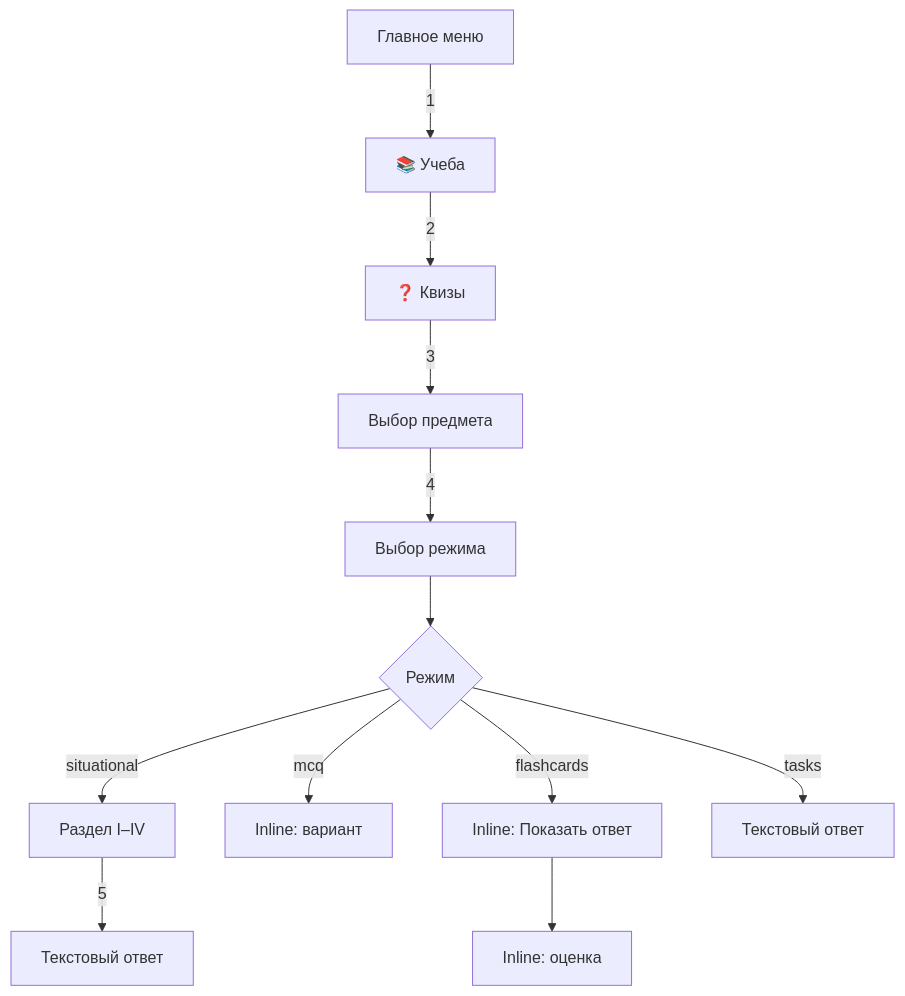
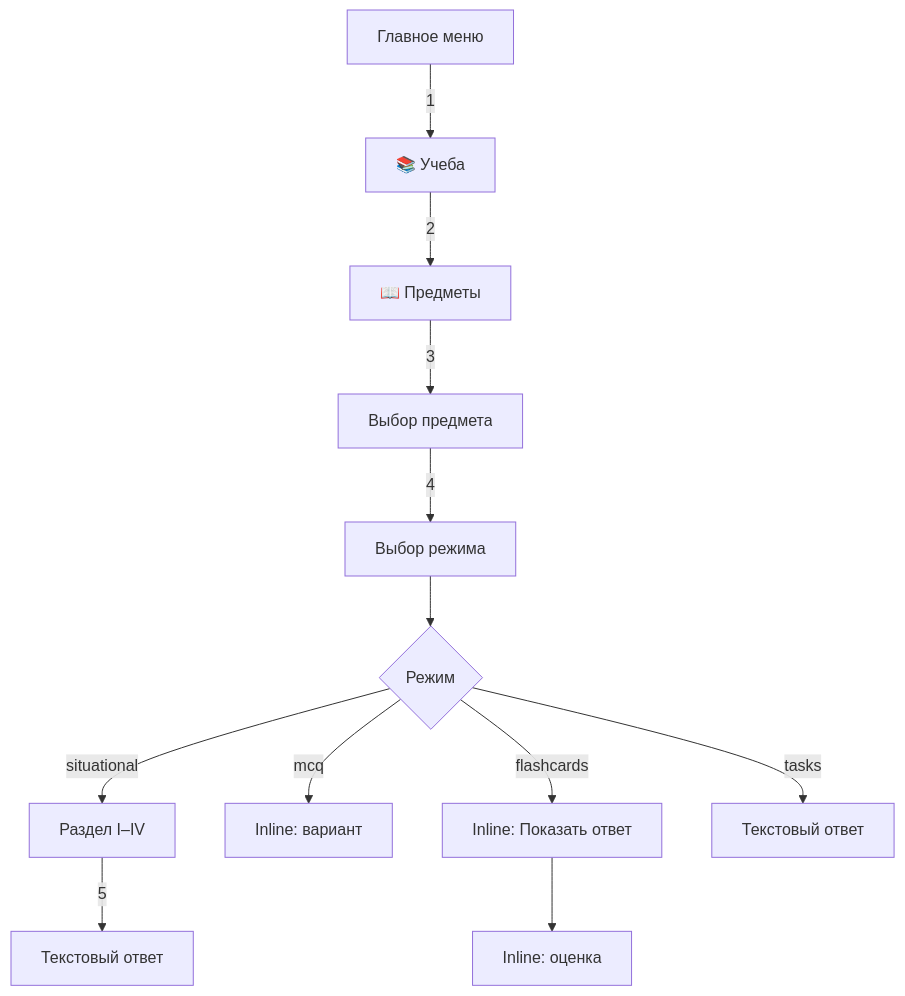
One commit to zerocious/Palph changed the fourth of 9 diagrams in user-flows.md. Above: the diagram before and after it, drawn with Mermaid. The commit also changed other lines of this file and 54 other files, not shown here.

````diff
--- a/user-flows.md
+++ b/user-flows.md
@@ -124,16 +125,16 @@
 ```mermaid
 flowchart TD
     M["Главное меню"] -->|1| S["📚 Учеба"]
-    S -->|2| Q["❓ Квизы"]
+    S -->|2| Q["📖 Предметы"]
     Q -->|3| SUB["Выбор предмета"]
     SUB -->|4| MODE["Выбор режима"]
     MODE --> BRANCH{Режим}
 
     BRANCH -->|situational| SEC["Раздел I–IV"]
     SEC -->|5| ANS["Текстовый ответ"]
 
     BRANCH -->|mcq| MCQ["Inline: вариант"]
     BRANCH -->|flashcards| FC1["Inline: Показать ответ"]
     FC1 --> FC2["Inline: оценка"]
     BRANCH -->|tasks| TASK["Текстовый ответ"]
 ```
````
